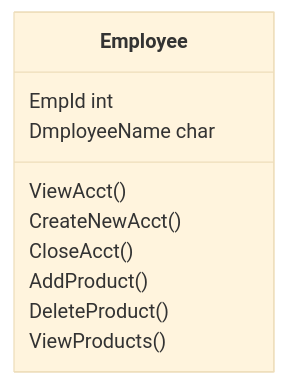
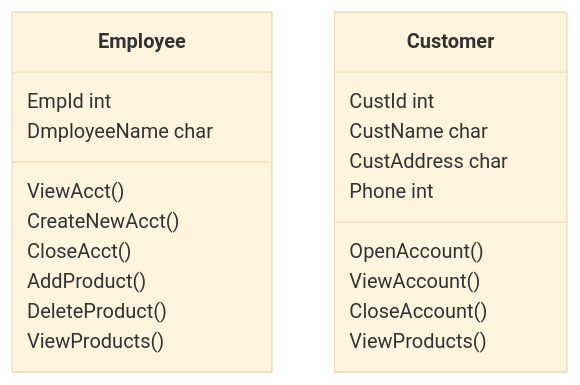
Before and after one commit to Marcus-Snell/Test: the diagram in mermaid.md, drawn with Mermaid (base theme).

````diff
--- a/mermaid.md
+++ b/mermaid.md
@@ -1,13 +1,22 @@
 ```mermaid
 classDiagram
 Employee 
 Employee : EmpId int
 Employee : DmployeeName char
 Employee : ViewAcct()
 Employee : CreateNewAcct()
 Employee : CloseAcct()
 Employee : AddProduct()
 Employee : DeleteProduct()
 Employee : ViewProducts()
 
+Customer
+Customer : CustId int
+Customer : CustName char
+Customer : CustAddress char
+Customer : Phone int
+Customer : OpenAccount()
+Customer : ViewAccount()
+Customer : CloseAccount()
+Customer : ViewProducts()
 ```
````
